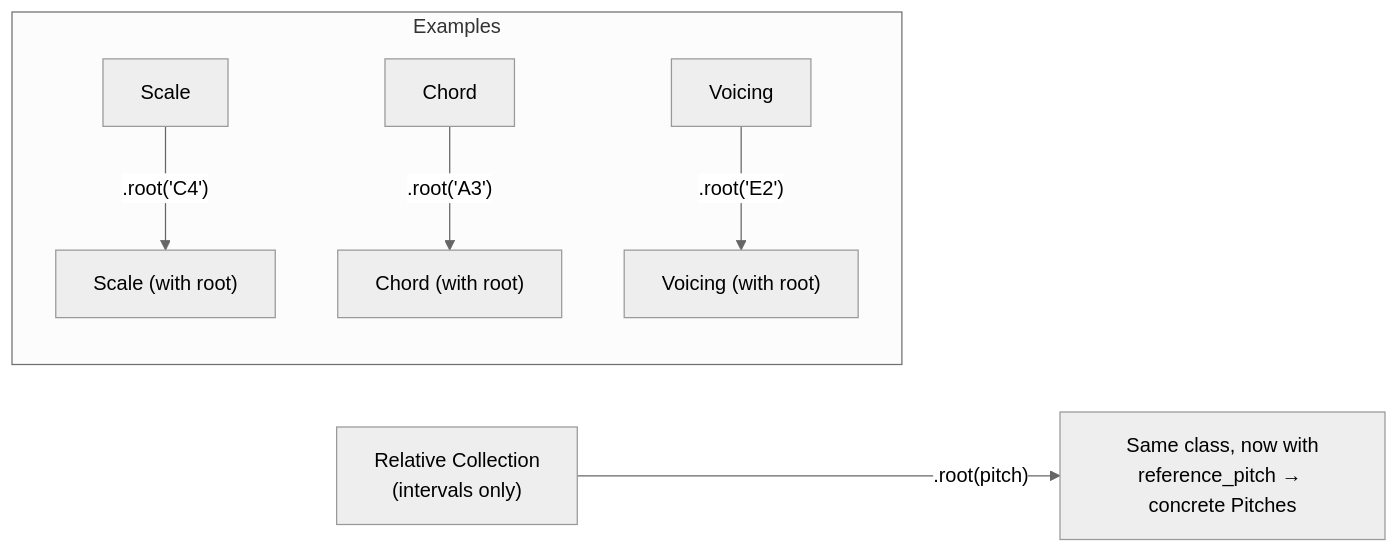
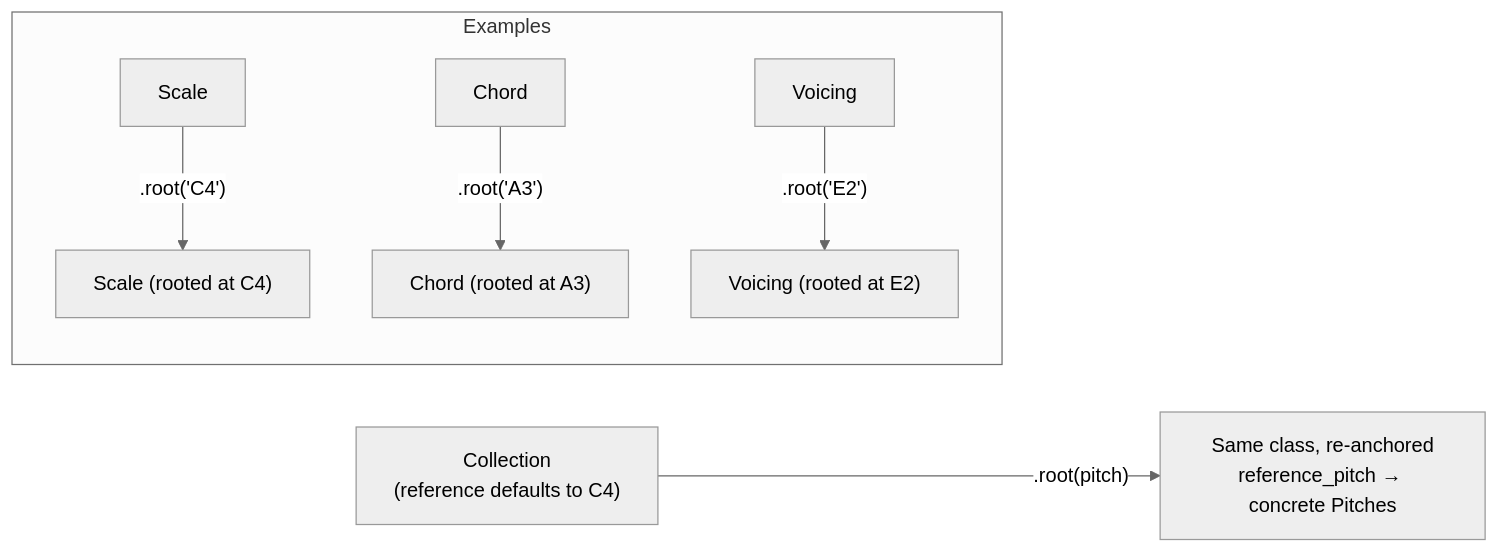
The fourth of 5 diagrams in docs/architecture/11_PITCH_COLLECTIONS.md (kr4g/Klotho), drawn with Mermaid (neutral theme) before and after one commit. The commit also changed other lines of this file and 14 other files, not shown here.

First line of the commit message:
Refresh architecture docs and Sphinx index for 10.x API (10.11.1)

````diff
--- a/docs/architecture/11_PITCH_COLLECTIONS.md
+++ b/docs/architecture/11_PITCH_COLLECTIONS.md
@@ -222,11 +221,11 @@
 ```mermaid
 flowchart LR
-    REL["Relative Collection<br/>(intervals only)"]
-    REL -->|".root(pitch)"| INST["Same class, now with<br/>reference_pitch → concrete Pitches"]
+    REL["Collection<br/>(reference defaults to C4)"]
+    REL -->|".root(pitch)"| INST["Same class, re-anchored<br/>reference_pitch → concrete Pitches"]
 
     subgraph "Examples"
-        S["Scale"] -->|".root('C4')"| IS["Scale (with root)"]
-        C["Chord"] -->|".root('A3')"| IC["Chord (with root)"]
-        V["Voicing"] -->|".root('E2')"| IV["Voicing (with root)"]
+        S["Scale"] -->|".root('C4')"| IS["Scale (rooted at C4)"]
+        C["Chord"] -->|".root('A3')"| IC["Chord (rooted at A3)"]
+        V["Voicing"] -->|".root('E2')"| IV["Voicing (rooted at E2)"]
     end
 ```
````
